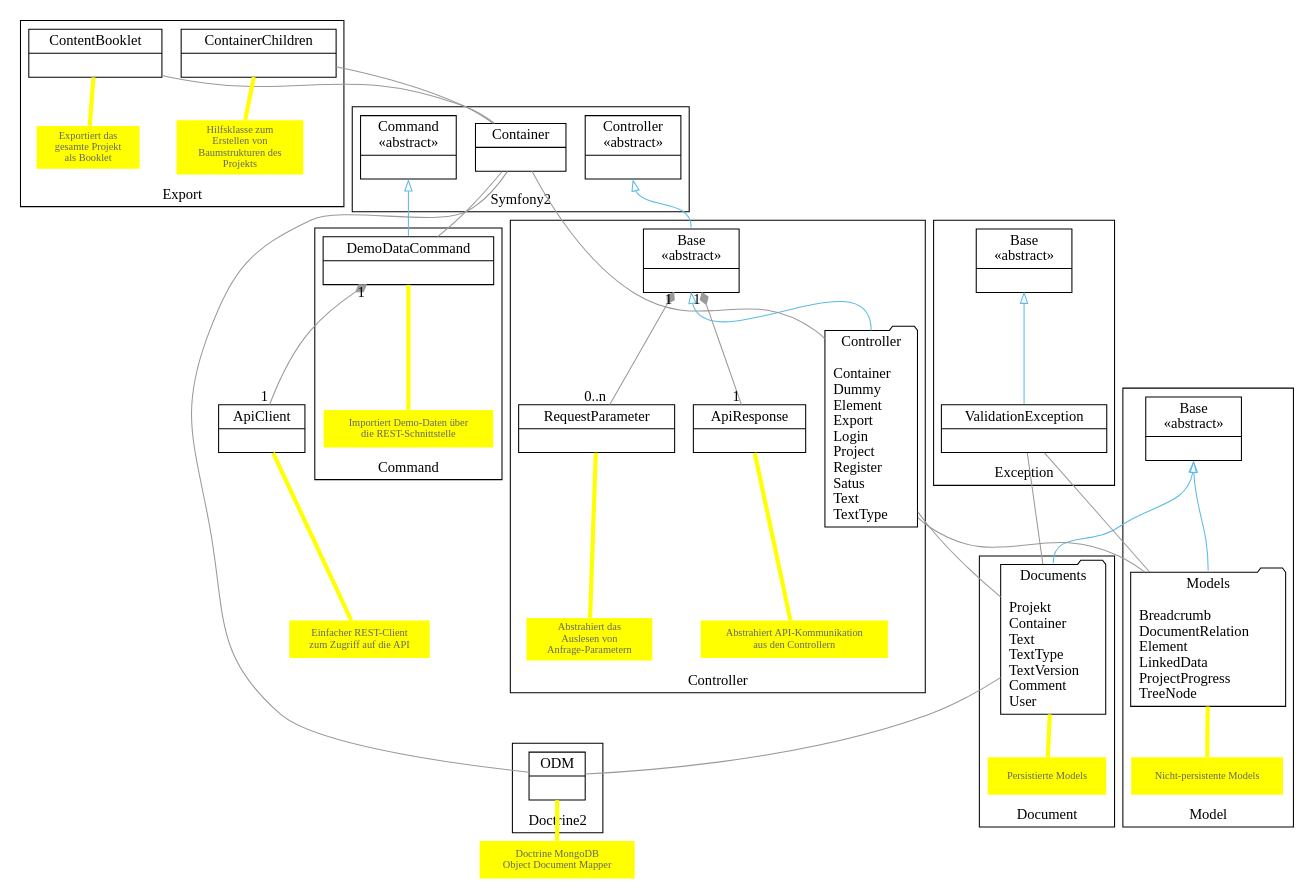
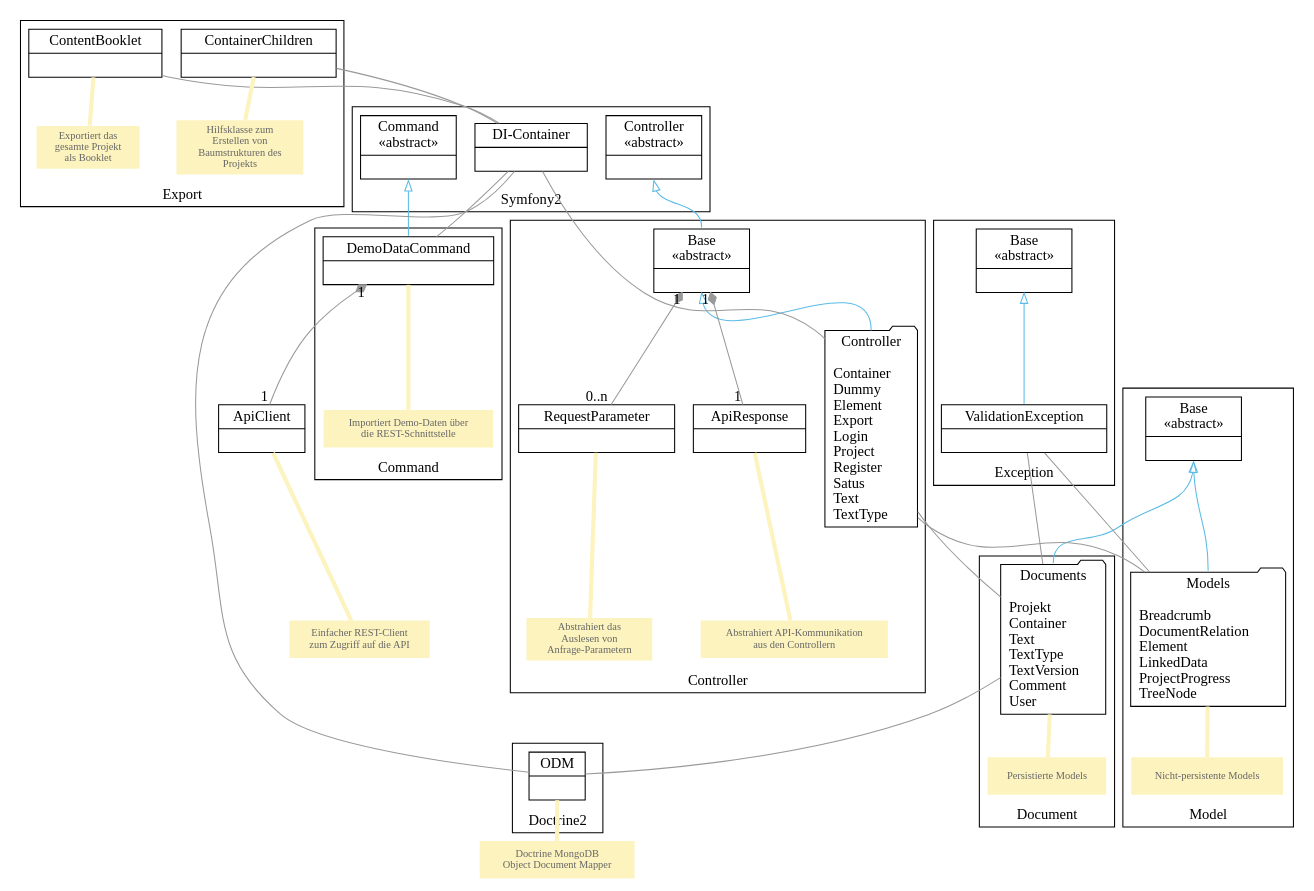
One commit to retext/retext changed the diagram in documents/thesis/media/prototyp-klassendiagramm.dot. Above: the diagram before and after it, drawn with Graphviz. The commit also changed other lines of this file and 4 other files, not shown here.

Commit message:
Farben Klassendiagramme.

```diff
--- a/documents/thesis/media/prototyp-klassendiagramm.dot
+++ b/documents/thesis/media/prototyp-klassendiagramm.dot
@@ -1,146 +1,145 @@
-
 digraph G {
 rankdir=BT
 
 node [ shape=record ]
 
 Base [ label="{Base\n«abstract»|}" ]
 BaseModel [ label="{Base\n«abstract»|}" ]
 BaseException [ label="{Base\n«abstract»|}" ]
 ValidationException [ label="{ValidationException|}" ]
 ConcreteController [ shape=folder label="Controller\n\lContainer\lDummy\lElement\lExport\lLogin\lProject\lRegister\lSatus\lText\lTextType\l" ]
 ContainerChildren [ label="{ContainerChildren|}" ]
 ContentBooklet [ label="{ContentBooklet|}" ]
 RequestParameter [ label="{RequestParameter|}" ]
 ApiResponse [ label="{ApiResponse|}" ]
 ApiClient [ label="{ApiClient|}" ]
 Document [ label="Documents\n\nProjekt\lContainer\lText\lTextType\lTextVersion\lComment\lUser\l" shape=folder ]
 Model [ label="Models\n\nBreadcrumb\lDocumentRelation\lElement\lLinkedData\lProjectProgress\lTreeNode\l" shape=folder ]
 DemoDataCommand [ label="{DemoDataCommand|}" ]
-Sf2DI [ label="{Container|}" ]
+Sf2DI [ label="{DI-Container|}" ]
 Sf2Controller [ label="{Controller\n«abstract»|}" ]
 D2ODM [ label="{ODM|}" ]
 Sf2Command [ label="{Command\n«abstract»|}" ]
 
-node [ shape=none style=filled color=yellow fontcolor="#666666" fontsize=10 ]
+node [ shape=none style=filled color="#FCF3BF" fontcolor="#666666" fontsize=10 ]
 
 DocumentComment [ label="Persistierte Models" ]
 DemoDataCommandComment [ label="Importiert Demo-Daten über\n die REST-Schnittstelle" ]
 ApiResponseComment [ label="Abstrahiert API-Kommunikation\naus den Controllern" ]
 RequestParameterComment [ label="Abstrahiert das\nAuslesen von\nAnfrage-Parametern" ]
 ContainerChildrenComment [ label="Hilfsklasse zum\nErstellen von\nBaumstrukturen des\nProjekts" ]
 ContentBookletComment [ label="Exportiert das\ngesamte Projekt\nals Booklet" ]
 ModelComment [ label="Nicht-persistente Models" ]
 D2ODMComment [ label="Doctrine MongoDB\nObject Document Mapper"]
 ApiClientComment [ label="Einfacher REST-Client\nzum Zugriff auf die API" ]
 
 subgraph cluster0 {
 label="Controller"
 
 Base
 ConcreteController
 ApiResponse
 ApiResponseComment
 RequestParameter
 RequestParameterComment
 }
 
 subgraph cluster1 {
 label="Export"
 
 ContainerChildren
 ContentBooklet
 ContentBookletComment
 ContainerChildrenComment
 
 }
 
 subgraph cluster3 {
 label="Exception"
 BaseException
 ValidationException
 }
 
 subgraph cluster4 {
 label="Document"
 Document
 DocumentComment
 }
 
 subgraph cluster5 {
 label="Model"
 Model
 ModelComment
 BaseModel
 
 }
 
 subgraph cluster6 {
 label="Command"
 DemoDataCommand
 DemoDataCommandComment
 }
 
 subgraph cluster7 {
 label="Symfony2"
 Sf2DI
 Sf2Controller
 Sf2Command
 }
 
 subgraph cluster8 {
 label="Doctrine2"
 D2ODM
 }
 
 
 # Association
 edge [ arrowhead=none color="#999999" ]
 Document -> ConcreteController
 Model -> ConcreteController
 Document -> ValidationException
 Model -> ValidationException
 Sf2DI -> ConcreteController
 Sf2DI -> ContentBooklet
 Sf2DI -> ContainerChildren
 Sf2DI -> D2ODM
 Sf2DI -> DemoDataCommand
 D2ODM -> Document
 
 # Aggregation
 # Aggregation can occur when a class is a collection or container of other classes, but where the contained classes do not have a strong life cycle dependency on the container—essentially, if the container is destroyed, its contents are not.
 # In UML, it is graphically represented as a hollow diamond shape on the containing class end of the tree with lines that connect contained classes to the containing class.
 edge [ arrowhead=odiamond ]
 # Document -> ConcreteController [ taillabel="1" headlabel="0..n" ]
 
 # Composition
 # Composition usually has a strong life cycle dependency between instances of the container class and instances of the contained class(es): If the container is destroyed, normally every instance that it contains is destroyed as well.
 # The UML graphical representation of a composition relationship is a filled diamond shape on the containing class end of the tree of lines that connect contained class(es) to the containing class.
 edge [ arrowhead=diamond ]
 ApiClient -> DemoDataCommand [ taillabel="1" headlabel="1" ]
 ApiResponse -> Base [ taillabel="1" headlabel="1" ]
 RequestParameter -> Base [ taillabel="0..n" headlabel="1" ]
 
 # Generalization
 node [ shape=point color="#5abbe6" ]
 edge [ arrowtail=none arrowhead=onormal color="#5abbe6" fontcolor="#5abbe6" weight=10 headport=s tailport=n ]
 Document -> BaseModel
 Model -> BaseModel
 ConcreteController -> Base -> Sf2Controller
 ValidationException -> BaseException
 DemoDataCommand -> Sf2Command
 
 # Notizen
-edge [ arrowhead=none penwidth=4 weight=0 color=yellow headport=none tailport=none ]
+edge [ arrowhead=none penwidth=4 weight=0 color="#FCF3BF" headport=none tailport=none ]
 
 DocumentComment -> Document
 DemoDataCommandComment -> DemoDataCommand
 ContainerChildrenComment -> ContainerChildren
 ContentBookletComment -> ContentBooklet
 ModelComment -> Model
 ApiResponseComment -> ApiResponse
 D2ODMComment -> D2ODM
 ApiClientComment -> ApiClient
 RequestParameterComment -> RequestParameter
 
 }
```
